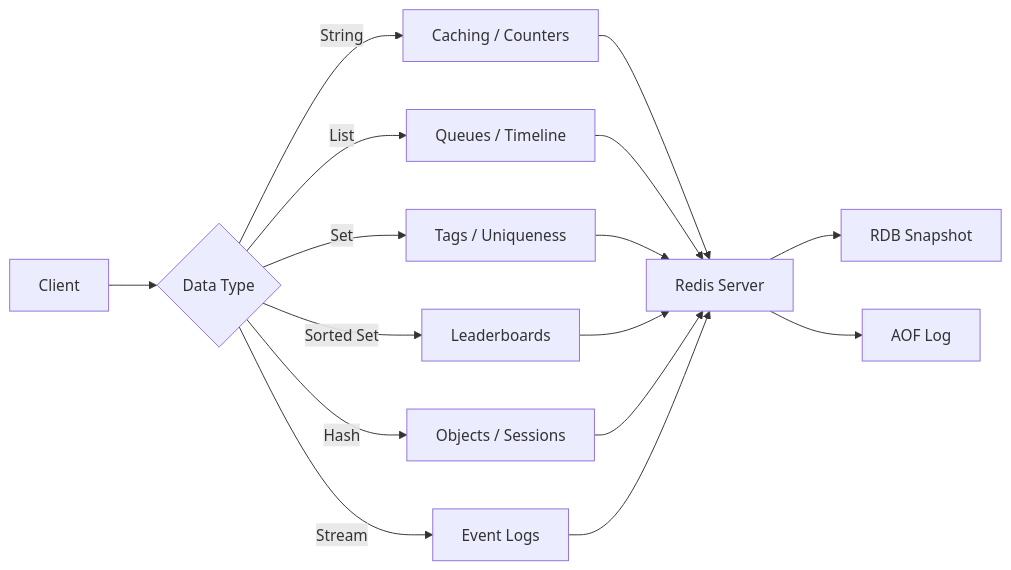
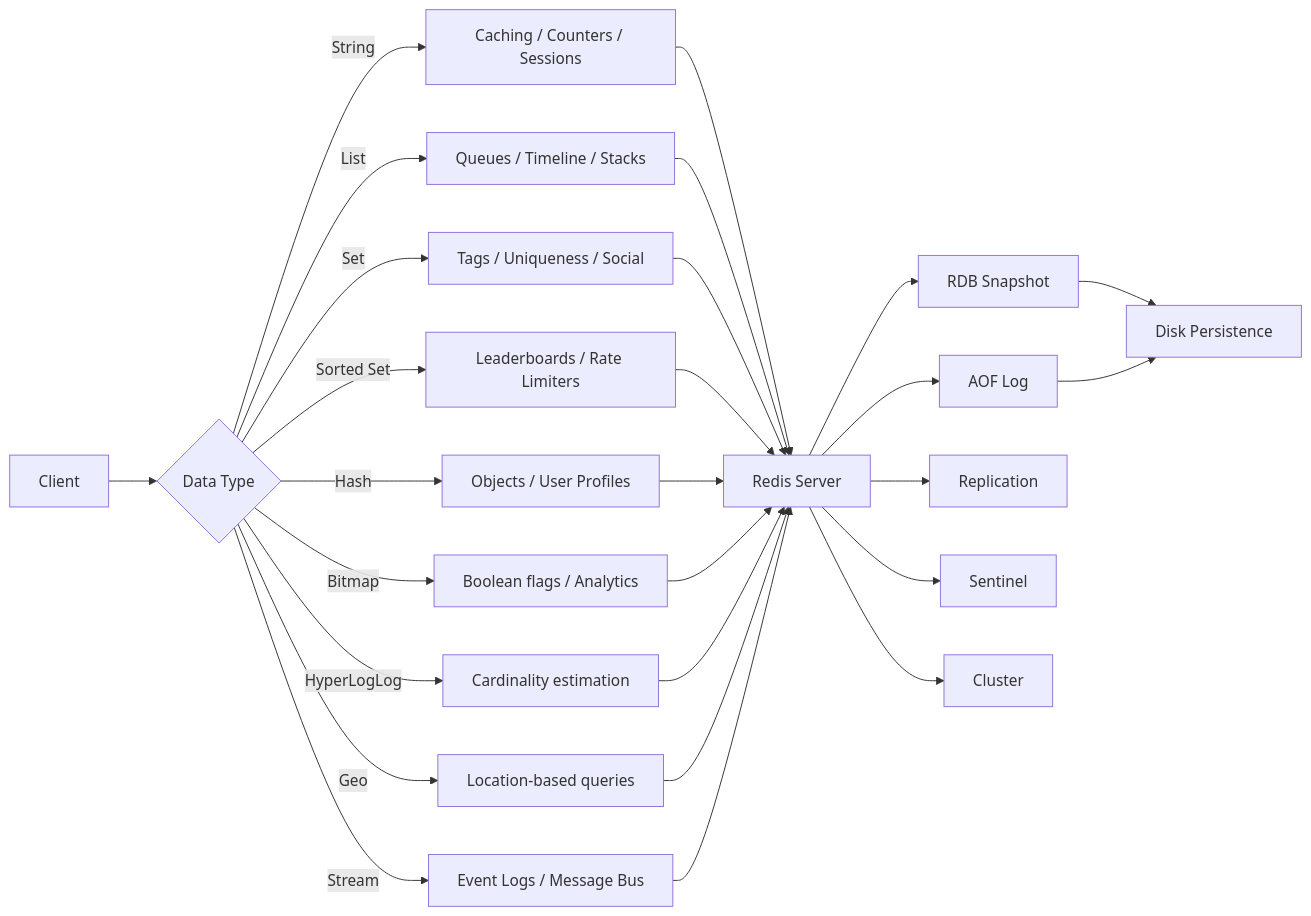
Before and after one commit to Raushan666java/ai-engineering-journey: the diagram in docs/courses/database-management-systems/16-redis.md, drawn with Mermaid. The commit also changed other lines of this file and 18 other files, not shown here.

````diff
--- a/docs/courses/database-management-systems/16-redis.md
+++ b/docs/courses/database-management-systems/16-redis.md
@@ -27,12 +30,17 @@
 ```mermaid
 flowchart LR
     A[Client] --> B{Data Type}
-    B -->|String| C[Caching / Counters]
-    B -->|List| D[Queues / Timeline]
-    B -->|Set| E[Tags / Uniqueness]
-    B -->|Sorted Set| F[Leaderboards]
-    B -->|Hash| G[Objects / Sessions]
-    B -->|Stream| H[Event Logs]
-    C & D & E & F & G & H --> I[Redis Server]
-    I --> J[RDB Snapshot] & K[AOF Log]
+    B -->|String| C[Caching / Counters / Sessions]
+    B -->|List| D[Queues / Timeline / Stacks]
+    B -->|Set| E[Tags / Uniqueness / Social]
+    B -->|Sorted Set| F[Leaderboards / Rate Limiters]
+    B -->|Hash| G[Objects / User Profiles]
+    B -->|Bitmap| H[Boolean flags / Analytics]
+    B -->|HyperLogLog| I[Cardinality estimation]
+    B -->|Geo| J[Location-based queries]
+    B -->|Stream| K[Event Logs / Message Bus]
+    C & D & E & F & G & H & I & J & K --> L[Redis Server]
+    L --> M[RDB Snapshot] & N[AOF Log]
+    M & N --> O[Disk Persistence]
+    L --> P[Replication] & Q[Sentinel] & R[Cluster]
 ```
````
